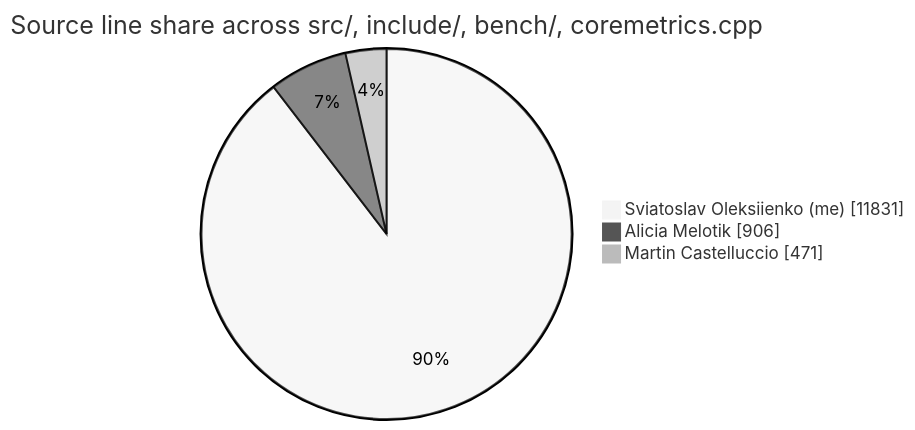
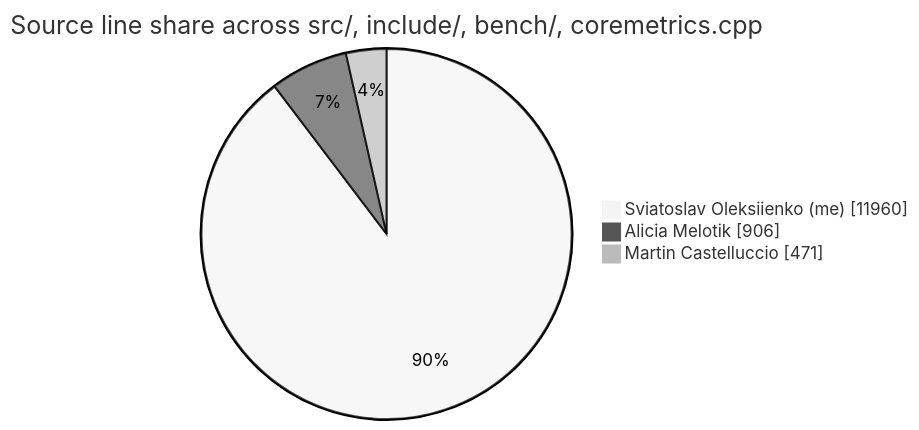
One commit to sviatil0/coremetrics changed the diagram in .github/badges/contributions.md. Above: the diagram before and after it, drawn with Mermaid (neutral theme). The commit also changed other lines of this file and 2 other files, not shown here.

````diff
--- a/.github/badges/contributions.md
+++ b/.github/badges/contributions.md
@@ -11,7 +11,7 @@
 ```mermaid
 pie showData
     title Source line share across src/, include/, bench/, coremetrics.cpp
-    "Sviatoslav Oleksiienko (me)" : 11831
+    "Sviatoslav Oleksiienko (me)" : 11960
     "Alicia Melotik" : 906
     "Martin Castelluccio" : 471
 ```
````
